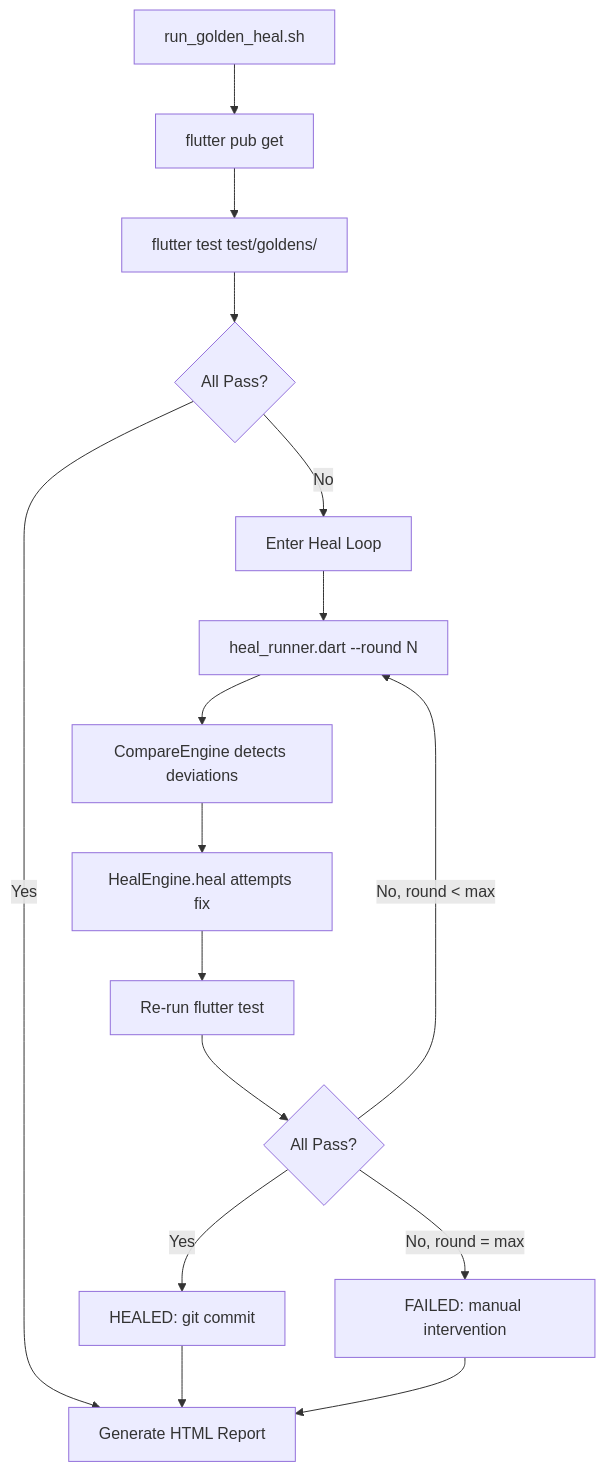
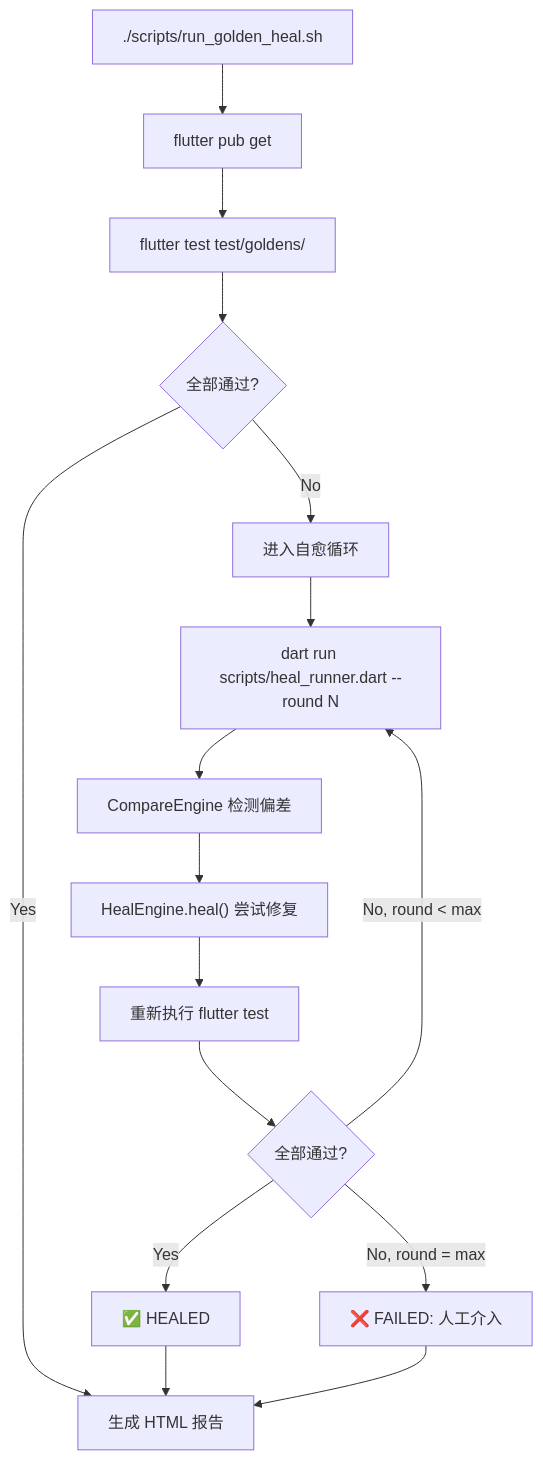
Before and after one commit to isJoker/flutter_ui_heal_by_ai: the second of 3 diagrams in README.md, drawn with Mermaid. The commit also changed other lines of this file and 1 other file, not shown here.

````diff
--- a/README.md
+++ b/README.md
@@ -119,18 +181,18 @@
 ```mermaid
 flowchart TD
-    A["run_golden_heal.sh"] --> B["flutter pub get"]
+    A["./scripts/run_golden_heal.sh"] --> B["flutter pub get"]
     B --> C["flutter test test/goldens/"]
-    C --> D{All Pass?}
-    D -->|Yes| E["Generate HTML Report"]
-    D -->|No| F["Enter Heal Loop"]
-    F --> G["heal_runner.dart --round N"]
-    G --> H["CompareEngine detects deviations"]
-    H --> I["HealEngine.heal attempts fix"]
-    I --> J["Re-run flutter test"]
-    J --> K{All Pass?}
-    K -->|Yes| L["HEALED: git commit"]
+    C --> D{"全部通过?"}
+    D -->|Yes| E["生成 HTML 报告"]
+    D -->|No| F["进入自愈循环"]
+    F --> G["dart run scripts/heal_runner.dart --round N"]
+    G --> H["CompareEngine 检测偏差"]
+    H --> I["HealEngine.heal() 尝试修复"]
+    I --> J["重新执行 flutter test"]
+    J --> K{"全部通过?"}
+    K -->|Yes| L["✅ HEALED"]
     K -->|"No, round < max"| G
-    K -->|"No, round = max"| M["FAILED: manual intervention"]
+    K -->|"No, round = max"| M["❌ FAILED: 人工介入"]
     L --> E
     M --> E
 ```
````
